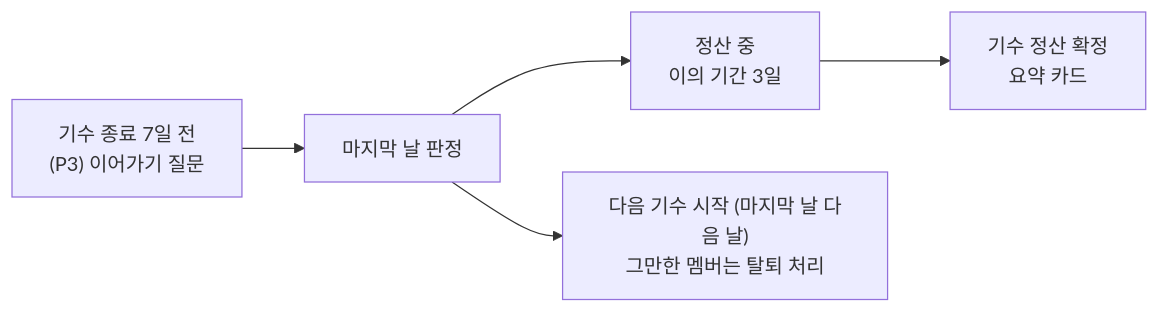
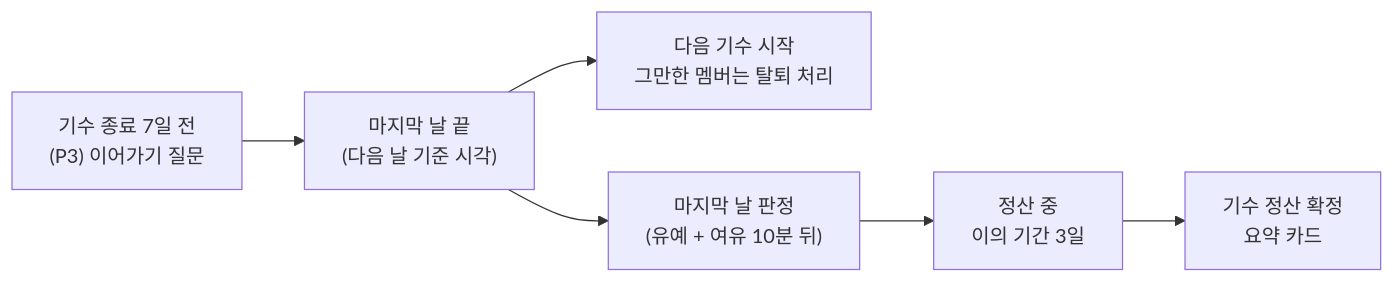
The diagram in docs/spec/processes/5.13-season.md (Duskafka/codingtest-harness), drawn with Mermaid before and after one commit. The commit also changed other lines of this file and 5 other files, not shown here.

````diff
--- a/docs/spec/processes/5.13-season.md
+++ b/docs/spec/processes/5.13-season.md
@@ -5,7 +5,8 @@
 ```mermaid
 flowchart LR
-    A["기수 종료 7일 전<br/>(P3) 이어가기 질문"] --> B["마지막 날 판정"]
+    A["기수 종료 7일 전<br/>(P3) 이어가기 질문"] --> X["마지막 날 끝<br/>(다음 날 기준 시각)"]
+    X --> E["다음 기수 시작<br/>그만한 멤버는 탈퇴 처리"]
+    X --> B["마지막 날 판정<br/>(유예 + 여유 10분 뒤)"]
     B --> C["정산 중<br/>이의 기간 3일"]
     C --> D["기수 정산 확정<br/>요약 카드"]
-    B --> E["다음 기수 시작 (마지막 날 다음 날)<br/>그만한 멤버는 탈퇴 처리"]
 ```
````
